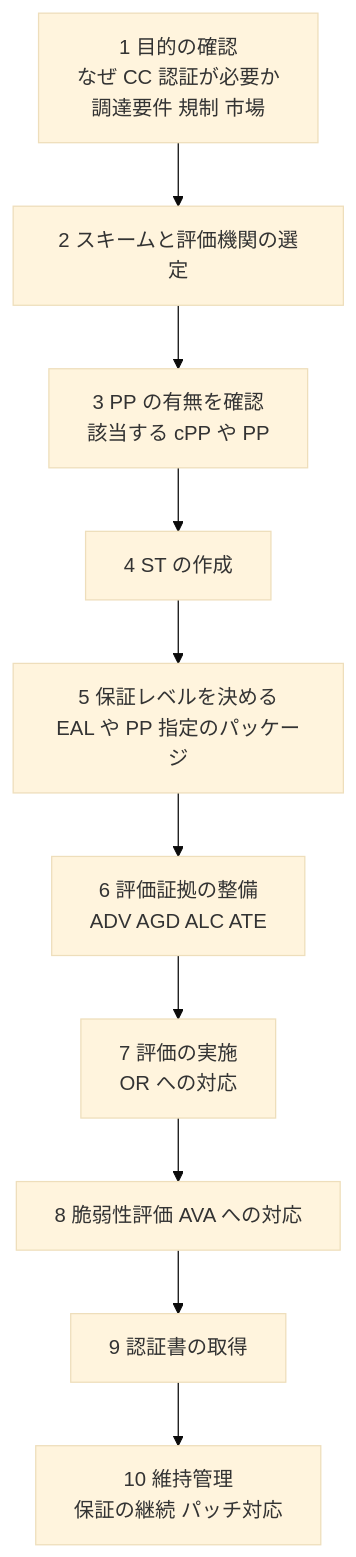
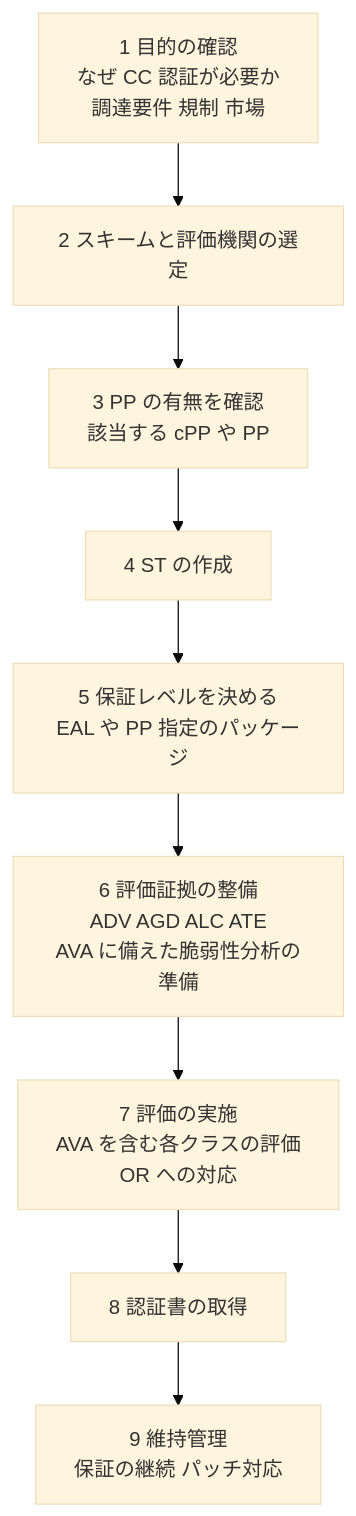
Before and after one commit to myoshi2891/Security_Studies: diagram 17 of 18 in Iso-iec-18045-2026-guide.md, drawn with Mermaid (base theme). The commit also changed 3 other files, not shown here.

First line of the commit message:
docs(guides): correct deployment models, AVA roadmap, third-party scope and ISSAP details

````diff
--- a/Iso-iec-18045-2026-guide.md
+++ b/Iso-iec-18045-2026-guide.md
@@ -745,12 +745,11 @@
 ```mermaid
 flowchart TD
     A["1 目的の確認<br/>なぜ CC 認証が必要か<br/>調達要件 規制 市場"] --> B["2 スキームと評価機関の選定"]
     B --> C["3 PP の有無を確認<br/>該当する cPP や PP"]
     C --> D["4 ST の作成"]
     D --> E["5 保証レベルを決める<br/>EAL や PP 指定のパッケージ"]
-    E --> F["6 評価証拠の整備<br/>ADV AGD ALC ATE"]
-    F --> G["7 評価の実施<br/>OR への対応"]
-    G --> H["8 脆弱性評価 AVA への対応"]
-    H --> I["9 認証書の取得"]
-    I --> J["10 維持管理<br/>保証の継続 パッチ対応"]
+    E --> F["6 評価証拠の整備<br/>ADV AGD ALC ATE<br/>AVA に備えた脆弱性分析の準備"]
+    F --> G["7 評価の実施<br/>AVA を含む各クラスの評価<br/>OR への対応"]
+    G --> I["8 認証書の取得"]
+    I --> J["9 維持管理<br/>保証の継続 パッチ対応"]
 ```
````
